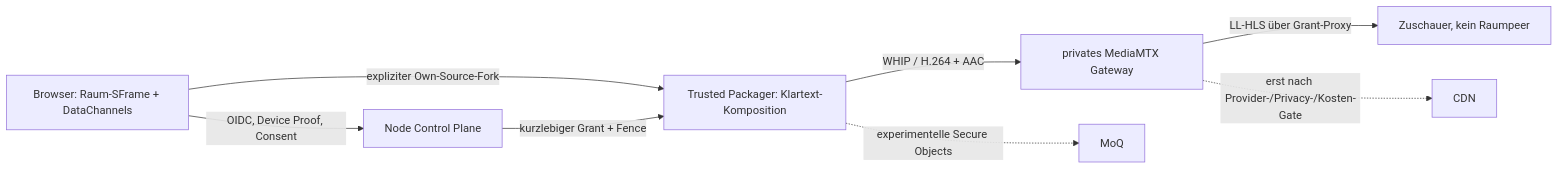
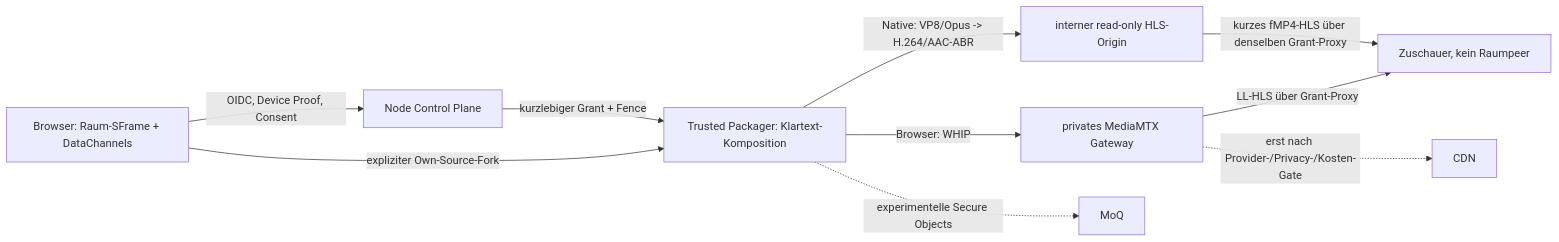
One commit to ananta888/webrtc-minimize-server changed the first of 4 diagrams in docs/broadcast-production-architecture.md. Above: the diagram before and after it, drawn with Mermaid. The commit also changed other lines of this file and 30 other files, not shown here.

````diff
--- a/docs/broadcast-production-architecture.md
+++ b/docs/broadcast-production-architecture.md
@@ -5,10 +5,12 @@
 ```mermaid
 flowchart LR
   B["Browser: Raum-SFrame + DataChannels"] -->|"expliziter Own-Source-Fork"| P["Trusted Packager: Klartext-Komposition"]
   B -->|"OIDC, Device Proof, Consent"| C["Node Control Plane"]
   C -->|"kurzlebiger Grant + Fence"| P
-  P -->|"WHIP / H.264 + AAC"| G["privates MediaMTX Gateway"]
+  P -->|"Browser: WHIP"| G["privates MediaMTX Gateway"]
+  P -->|"Native: VP8/Opus -> H.264/AAC-ABR"| O["interner read-only HLS-Origin"]
   G -->|"LL-HLS über Grant-Proxy"| V["Zuschauer, kein Raumpeer"]
+  O -->|"kurzes fMP4-HLS über denselben Grant-Proxy"| V
   G -.->|"erst nach Provider-/Privacy-/Kosten-Gate"| D["CDN"]
   P -.->|"experimentelle Secure Objects"| M["MoQ"]
 ```
````
